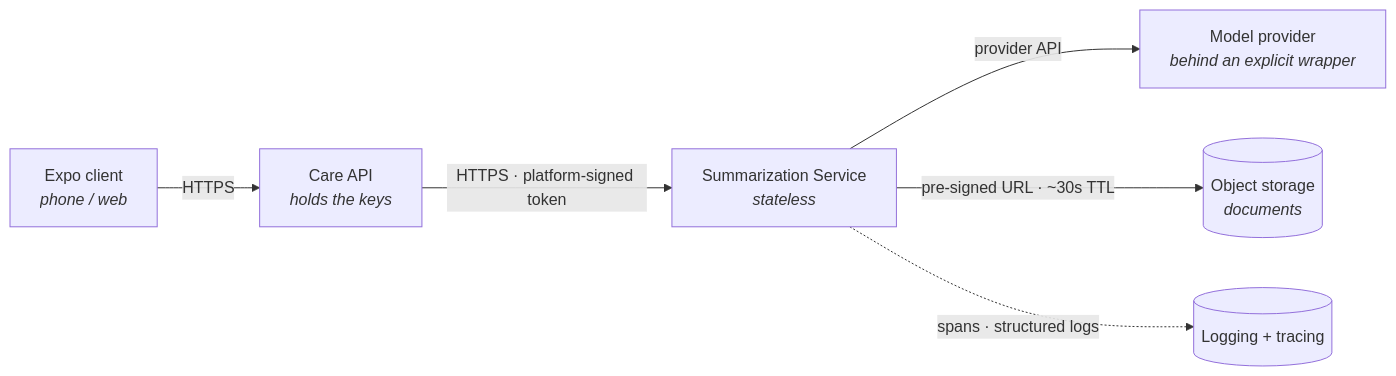
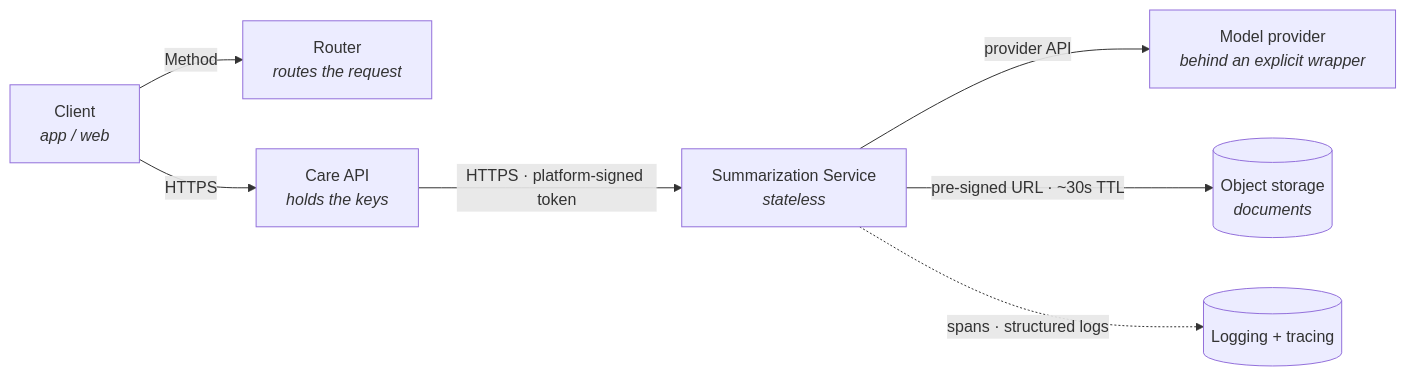
Before and after one commit to p91006/architecture: the diagram in topology.md, drawn with Mermaid. The commit also changed other lines of this file, not shown here.

First line of the commit message:
Include router

````diff
--- a/topology.md
+++ b/topology.md
@@ -6,15 +5,18 @@
 ```mermaid
+
 flowchart LR
-    C["Expo client<br/><i>phone / web</i>"]
+    C["Client<br/><i>app / web</i>"]
+    R["Router<br/><i>routes the request</i>"]
     A["Care API<br/><i>holds the keys</i>"]
     S["Summarization Service<br/><i>stateless</i>"]
     P["Model provider<br/><i>behind an explicit wrapper</i>"]
     G[("Object storage<br/><i>documents</i>")]
     O[("Logging + tracing")]
 
+    C -->|"Method"| R
     C -->|"HTTPS"| A
     A -->|"HTTPS · platform-signed token"| S
     S -->|"provider API"| P
     S -->|"pre-signed URL · ~30s TTL"| G
     S -.->|"spans · structured logs"| O
 ```
````
